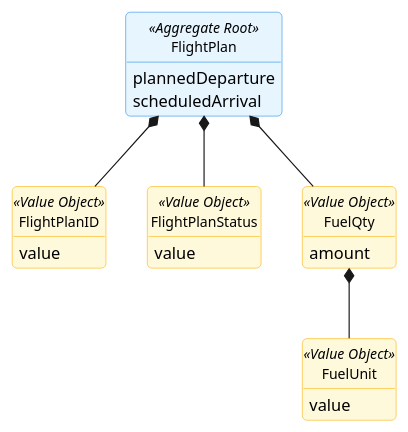
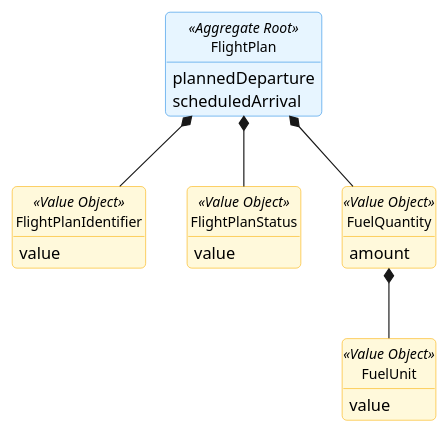
Before and after one commit to GustavoFerreira24/flight-management-platform: the diagram in docs/global-artifacts/02.analysis/puml/Aggregates/FlightPlanAggregate.puml, drawn with PlantUML. The commit also changed 10 other files, not shown here.

Commit message:
Dm : Refactor FlightPlan and WeatherData aggregates: rename value objects for clarity and enhance WeatherMeasurement with providerType attribute. Update related documentation and diagrams. [#106]

```diff
--- a/docs/global-artifacts/02.analysis/puml/Aggregates/FlightPlanAggregate.puml
+++ b/docs/global-artifacts/02.analysis/puml/Aggregates/FlightPlanAggregate.puml
@@ -1,52 +1,52 @@
 @startuml
 skinparam {
     BackgroundColor white
     RoundCorner 8
     Shadowing false
     Handwritten false
     ClassAttributeIconSize 0
 
     ClassBackgroundColor white
     ClassBorderColor #495057
     ClassFontSize 12
 
     ClassBackgroundColor<<Aggregate Root>> #E7F5FF
     ClassBorderColor<<Aggregate Root>> #228BE6
 
     ClassBackgroundColor<<Value Object>> #FFF9DB
     ClassBorderColor<<Value Object>> #FAB005
 
     ClassBackgroundColor<<Entity>> #F3F0FF
     ClassBorderColor<<Entity>> #7950F2
 }
 hide circle
 hide methods
 
  class FlightPlan <<Aggregate Root>> {
         plannedDeparture
         scheduledArrival
     }
 
-    class FlightPlanID <<Value Object>> {
+    class FlightPlanIdentifier <<Value Object>> {
         value
     }
 
     class FlightPlanStatus <<Value Object>> {
         value
     }
 
-    class FuelQty <<Value Object>> {
+    class FuelQuantity <<Value Object>> {
         amount
     }
 
     class FuelUnit <<Value Object>> {
         value
     }
 
 
-    FlightPlan *-- FuelQty
-    FlightPlan *-- FlightPlanID
+    FlightPlan *-- FuelQuantity
+    FlightPlan *-- FlightPlanIdentifier
     FlightPlan *-- FlightPlanStatus
-    FuelQty *-- FuelUnit
+    FuelQuantity *-- FuelUnit
 
 @enduml
```
